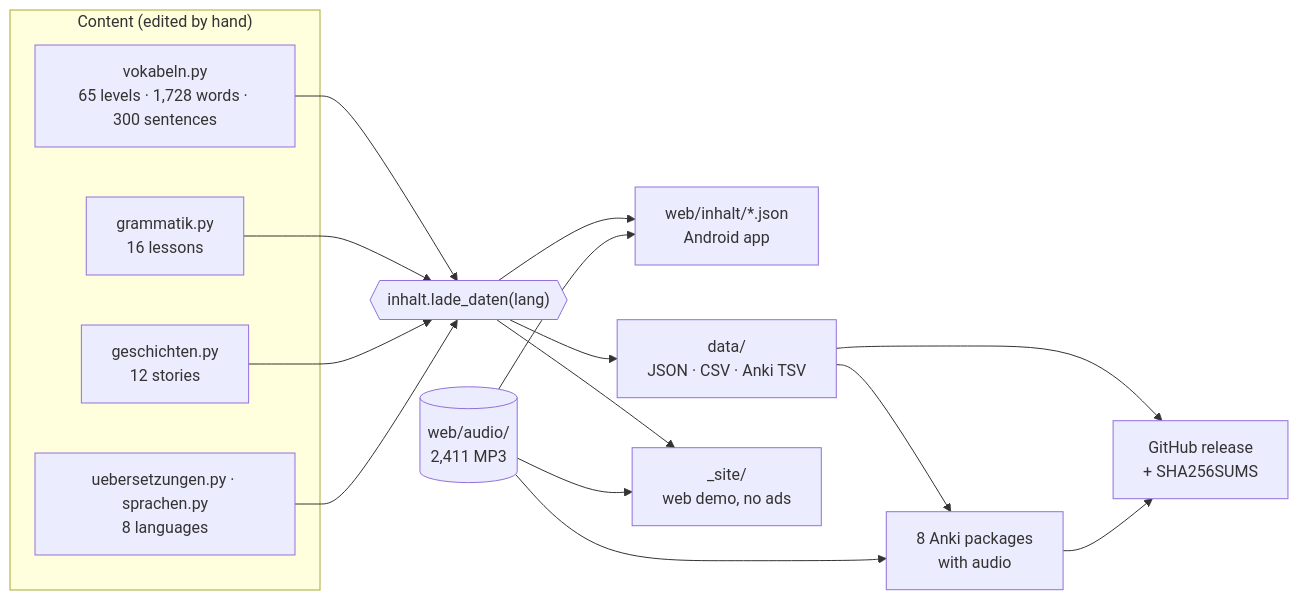
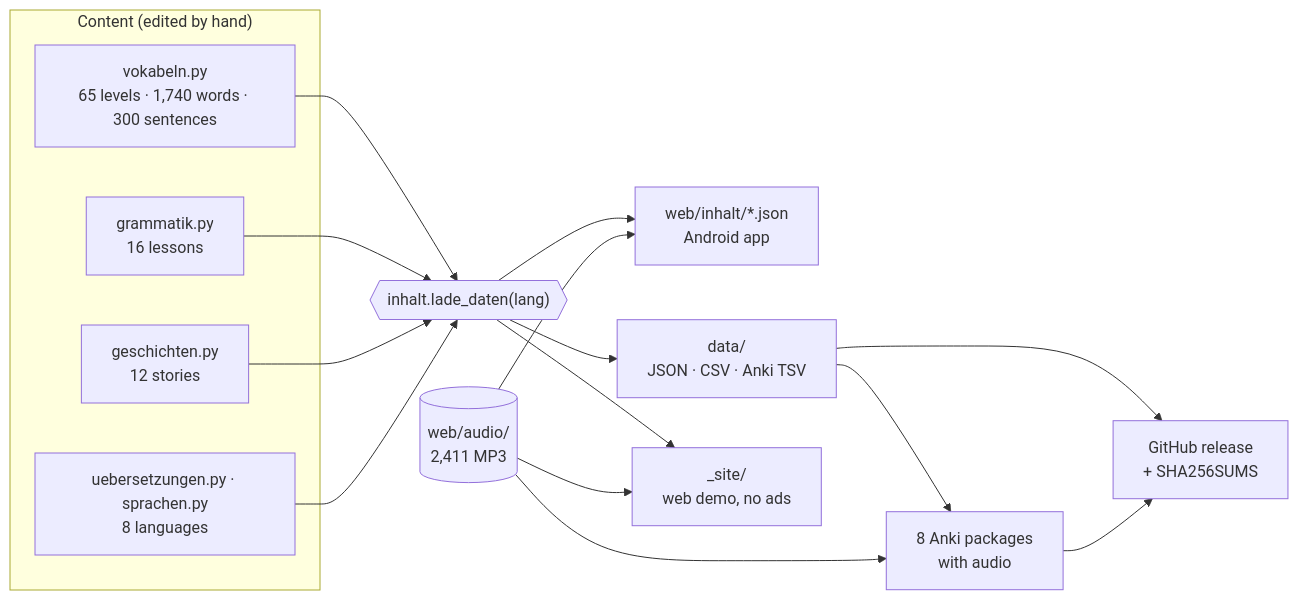
Before and after one commit to zmaj-lernapp/zmaj: the first of 2 diagrams in README.md, drawn with Mermaid. The commit also changed other lines of this file and 53 other files, not shown here.

````diff
--- a/README.md
+++ b/README.md
@@ -126,19 +126,19 @@
 ```mermaid
 flowchart LR
   subgraph src["Content (edited by hand)"]
-    V["vokabeln.py<br/>65 levels · 1,728 words · 300 sentences"]
+    V["vokabeln.py<br/>65 levels · 1,740 words · 300 sentences"]
     G["grammatik.py<br/>16 lessons"]
     S["geschichten.py<br/>12 stories"]
     U["uebersetzungen.py · sprachen.py<br/>8 languages"]
   end
   L{{"inhalt.lade_daten(lang)"}}
   V & G & S & U --> L
   A[("web/audio/<br/>2,411 MP3")]
   L --> APP["web/inhalt/*.json<br/>Android app"]
   L --> DS["data/<br/>JSON · CSV · Anki TSV"]
   L --> DEMO["_site/<br/>web demo, no ads"]
   DS --> ANKI["8 Anki packages<br/>with audio"]
   A --> APP & DEMO & ANKI
   DS --> REL["GitHub release<br/>+ SHA256SUMS"]
   ANKI --> REL
 ```
````
